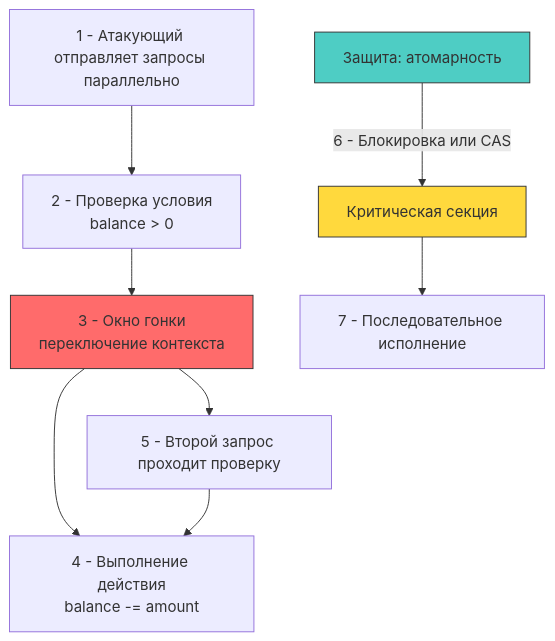
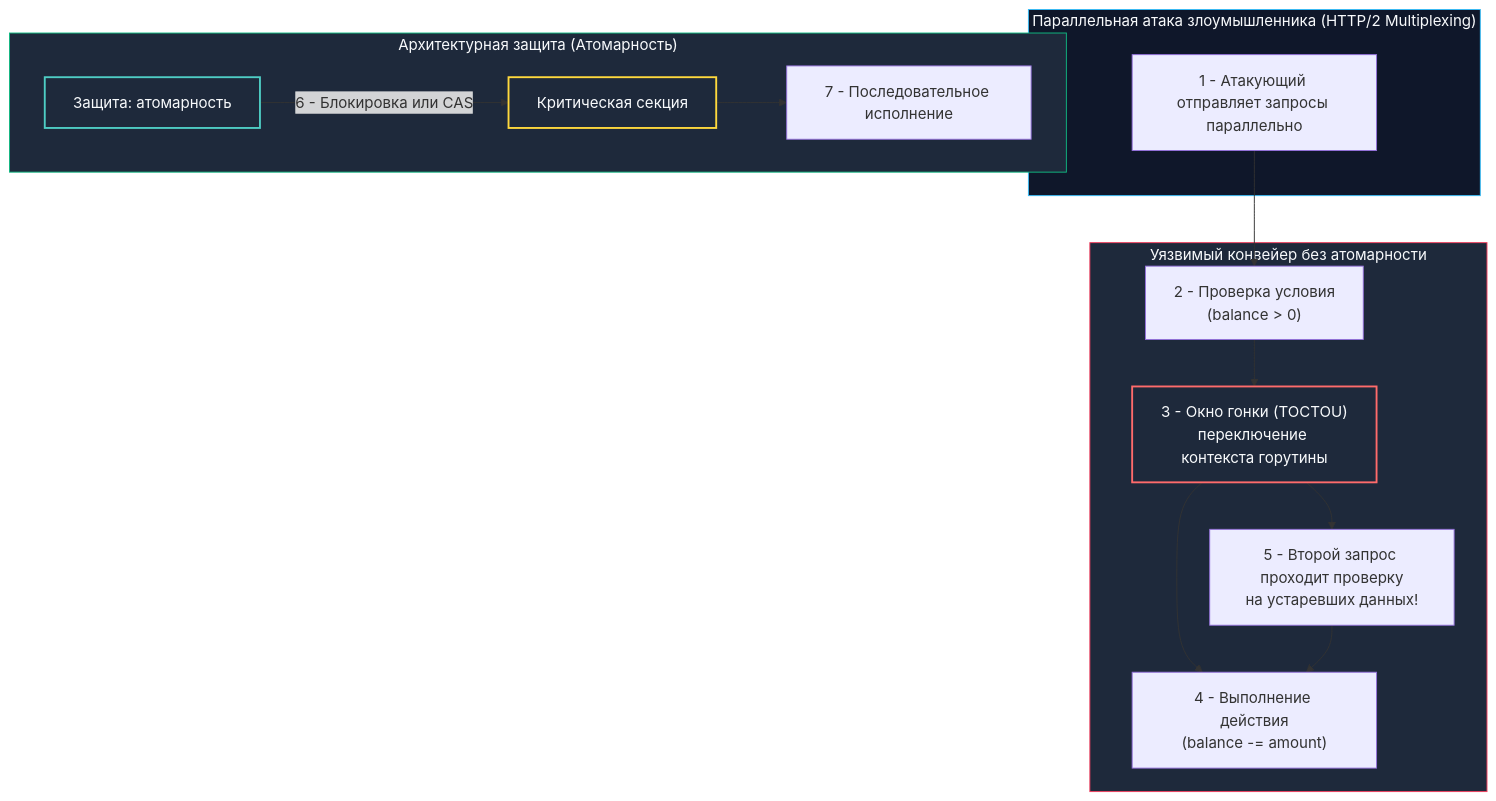
One commit to UnrealTemplier/go-textbook changed the diagram in sources/17. Безопасность (AppSec в Go)/04. Уязвимости/7. Race condition как уязвимость.md. Above: the diagram before and after it, drawn with Mermaid. The commit also changed other lines of this file, not shown here.

Commit message:
feat(module-17): editorial rewrite of 04.7 Race condition in Kernighan style

````diff
--- a/sources/17. Безопасность (AppSec в Go)/04. Уязвимости/7. Race condition как уязвимость.md
+++ b/sources/17. Безопасность (AppSec в Go)/04. Уязвимости/7. Race condition как уязвимость.md
@@ -5,15 +11,31 @@
 ```mermaid
 flowchart TD
-    A["1 - Атакующий отправляет запросы параллельно"] --> B["2 - Проверка условия<br>balance > 0"]
-    B --> C["3 - Окно гонки<br>переключение контекста"]
-    C --> D["4 - Выполнение действия<br>balance -= amount"]
-    C --> E["5 - Второй запрос проходит проверку"]
+    subgraph Attack["Параллельная атака злоумышленника (HTTP/2 Multiplexing)"]
+        A["1 - Атакующий отправляет запросы параллельно"]
+    end
+
+    subgraph RaceWindow["Уязвимый конвейер без атомарности"]
+        B["2 - Проверка условия<br/>(balance > 0)"]
+        C["3 - Окно гонки (TOCTOU)<br/>переключение контекста горутины"]
+        D["4 - Выполнение действия<br/>(balance -= amount)"]
+        E["5 - Второй запрос проходит проверку<br/>на устаревших данных!"]
+    end
+
+    subgraph Defense["Архитектурная защита (Атомарность)"]
+        F["Защита: атомарность"] -->|"6 - Блокировка или CAS"| G["Критическая секция"]
+        G --> H["7 - Последовательное исполнение"]
+    end
+
+    A --> B
+    B --> C
+    C --> D
+    C --> E
     E --> D
-    
-    F["Защита: атомарность"] -->|"6 - Блокировка или CAS"| G["Критическая секция"]
-    G --> H["7 - Последовательное исполнение"]
-    
-    style C fill:#ff6b6b,stroke:#333
-    style F fill:#4ecdc4,stroke:#333
-    style G fill:#ffd93d,stroke:#333
+
+    style Attack fill:#0f172a,stroke:#38bdf8,stroke-width:1px,color:#f8fafc
+    style RaceWindow fill:#1e293b,stroke:#f43f5e,stroke-width:1px,color:#f8fafc
+    style Defense fill:#1e293b,stroke:#10b981,stroke-width:1px,color:#f8fafc
+    style C fill:#1e293b,stroke:#ff6b6b,stroke-width:2px,color:#f8fafc
+    style F fill:#1e293b,stroke:#4ecdc4,stroke-width:2px,color:#f8fafc
+    style G fill:#1e293b,stroke:#ffd93d,stroke-width:2px,color:#f8fafc
 ```
````
